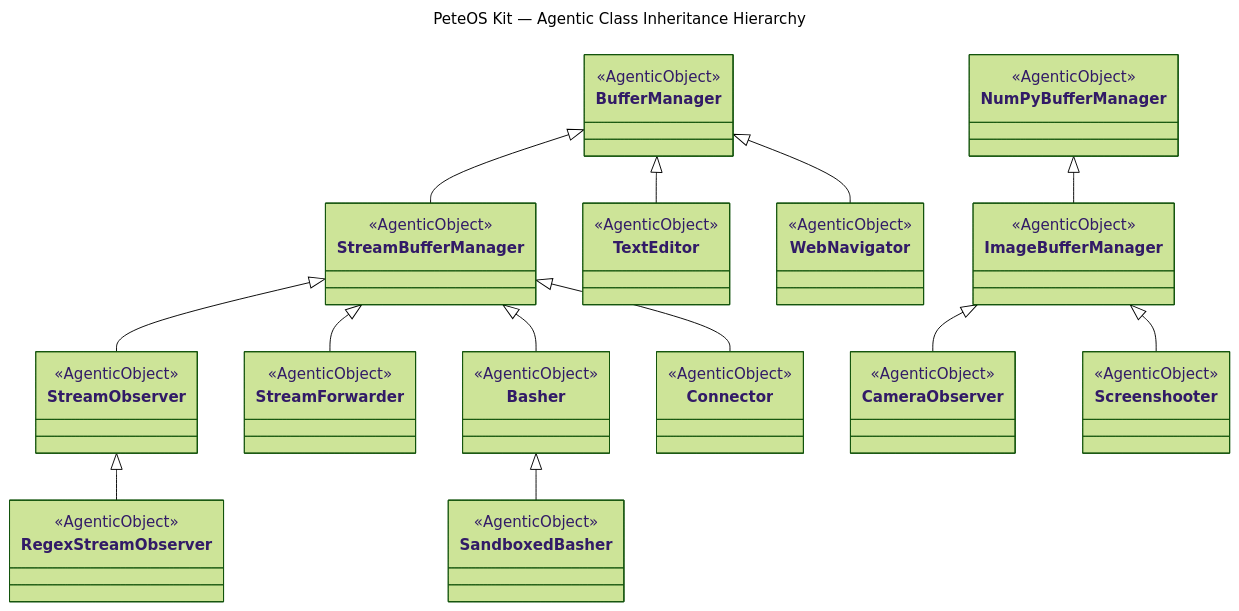
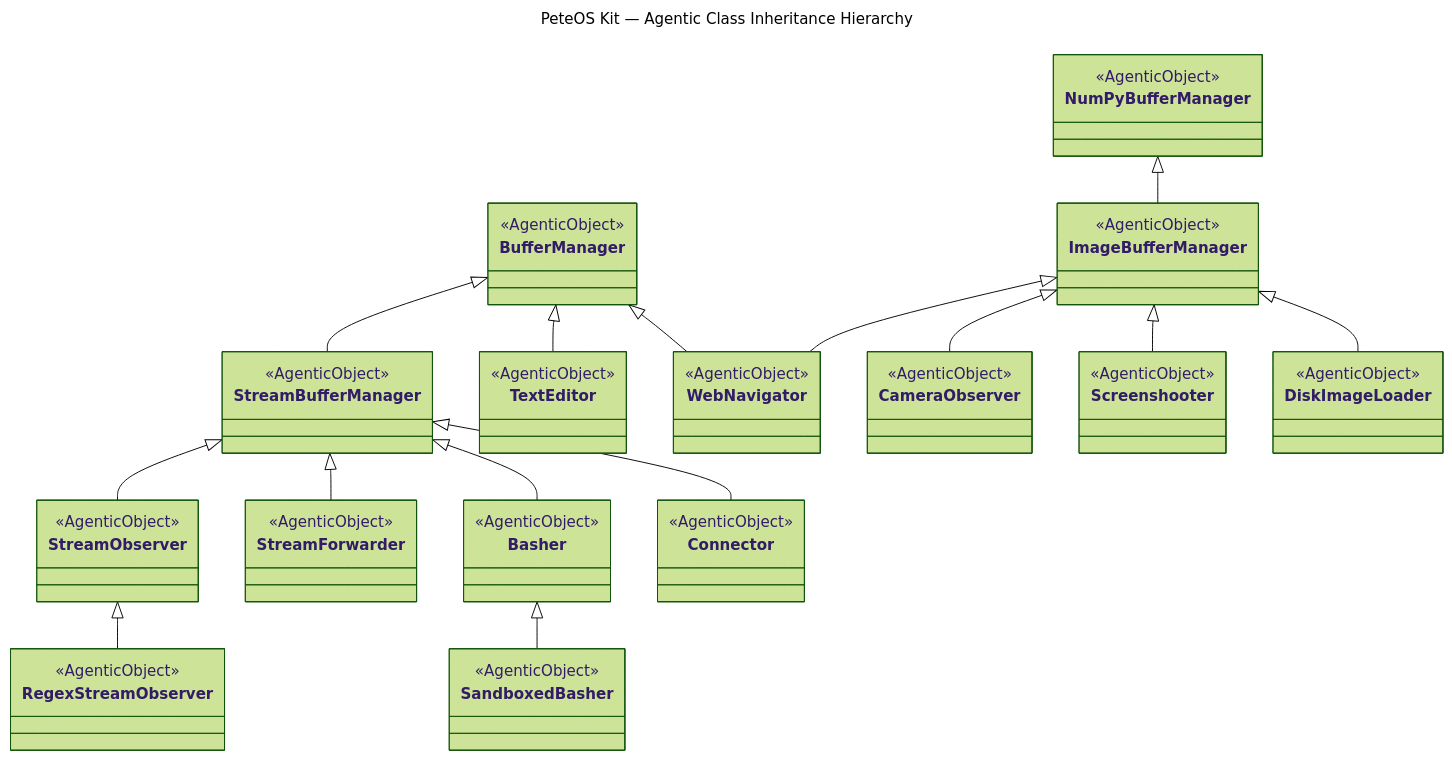
One commit to Schafer-List-Systems/petekit changed the diagram in README.md. Above: the diagram before and after it, drawn with Mermaid (forest theme). The commit also changed other lines of this file, not shown here.

Commit message:
README: add DiskImageLoader to diagram and components list; fix WebNavigator inheritance to show ImageBufferManager parent

````diff
--- a/README.md
+++ b/README.md
@@ -91,6 +91,10 @@
         <<AgenticObject>>
     }
 
+    class DiskImageLoader {
+        <<AgenticObject>>
+    }
+
     %% Base hierarchy
     BufferManager <|-- StreamBufferManager
     StreamBufferManager <|-- StreamObserver
@@ -107,9 +111,11 @@
     %% Text agents
     BufferManager <|-- TextEditor
     BufferManager <|-- WebNavigator
+    ImageBufferManager <|-- WebNavigator
 
     %% Image agents
     NumPyBufferManager <|-- ImageBufferManager
     ImageBufferManager <|-- CameraObserver
     ImageBufferManager <|-- Screenshooter
+    ImageBufferManager <|-- DiskImageLoader
 ```
````
